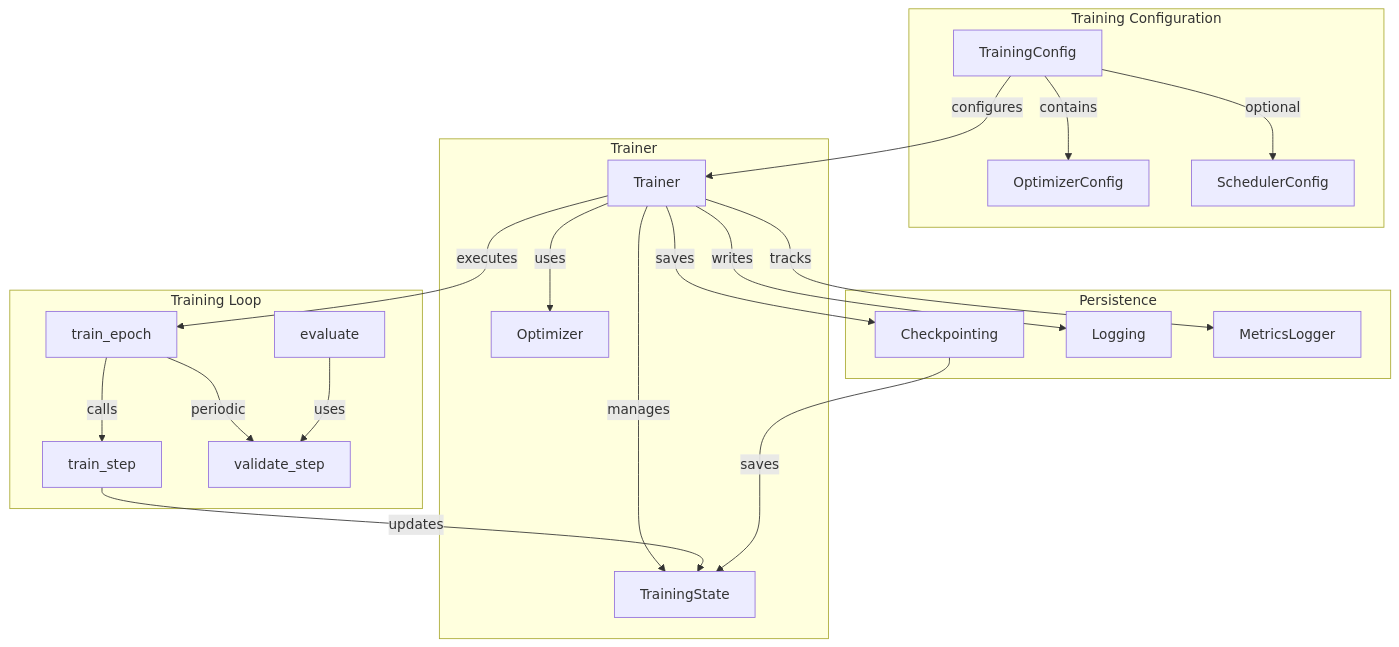
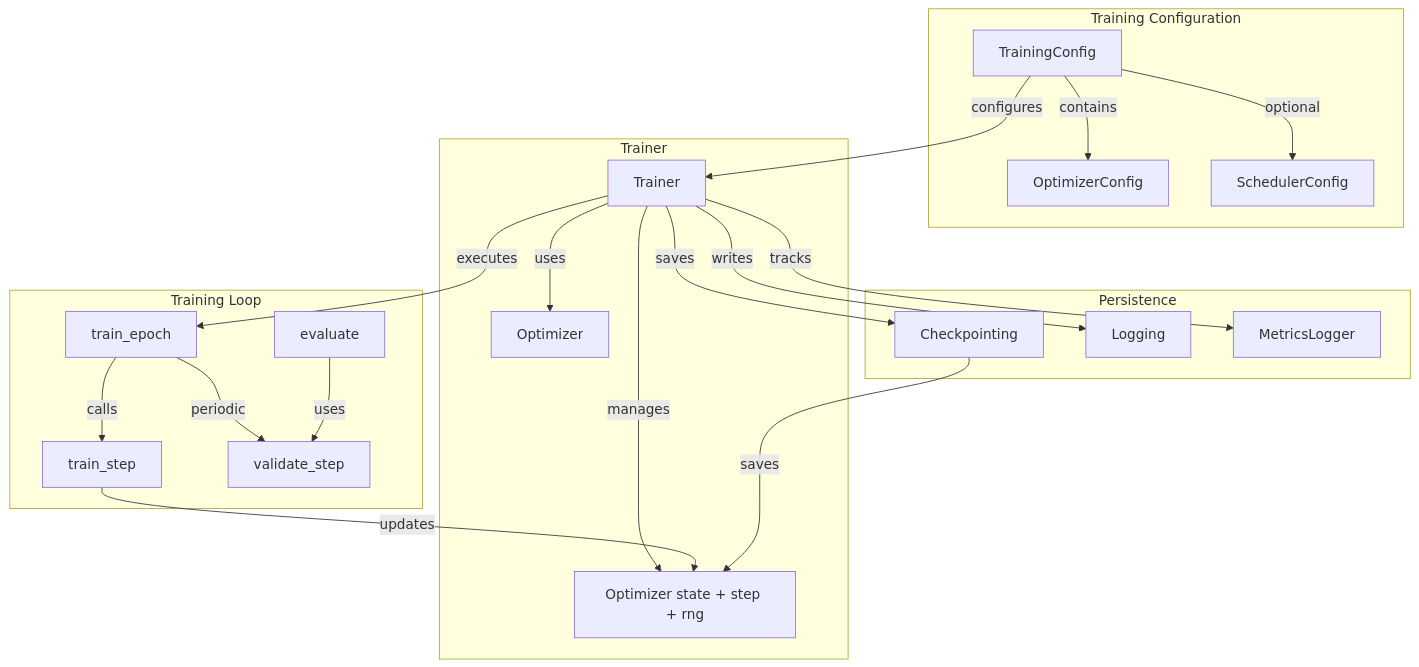
One commit to avitai/artifex changed the first of 2 diagrams in docs/user-guide/training/overview.md. Above: the diagram before and after it, drawn with Mermaid. The commit also changed other lines of this file and 1437 other files, not shown here.

````diff
--- a/docs/user-guide/training/overview.md
+++ b/docs/user-guide/training/overview.md
@@ -37,46 +37,46 @@
 ```mermaid
 graph TB
     subgraph "Training Configuration"
         TC[TrainingConfig]
         OC[OptimizerConfig]
         SC[SchedulerConfig]
 
         TC -->|contains| OC
         TC -->|optional| SC
     end
 
     subgraph "Trainer"
         T[Trainer]
-        TS[TrainingState]
+        TS[Optimizer state + step + rng]
         OPT[Optimizer]
 
         T -->|manages| TS
         T -->|uses| OPT
     end
 
     subgraph "Training Loop"
         STEP[train_step]
         VAL[validate_step]
         EPOCH[train_epoch]
         EVAL[evaluate]
 
         EPOCH -->|calls| STEP
         EPOCH -->|periodic| VAL
         EVAL -->|uses| VAL
     end
 
     subgraph "Persistence"
         CKPT[Checkpointing]
         LOG[Logging]
         METRICS[MetricsLogger]
 
         T -->|saves| CKPT
         T -->|writes| LOG
         T -->|tracks| METRICS
     end
 
     TC -->|configures| T
     T -->|executes| EPOCH
     STEP -->|updates| TS
     CKPT -->|saves| TS
 ```
````
